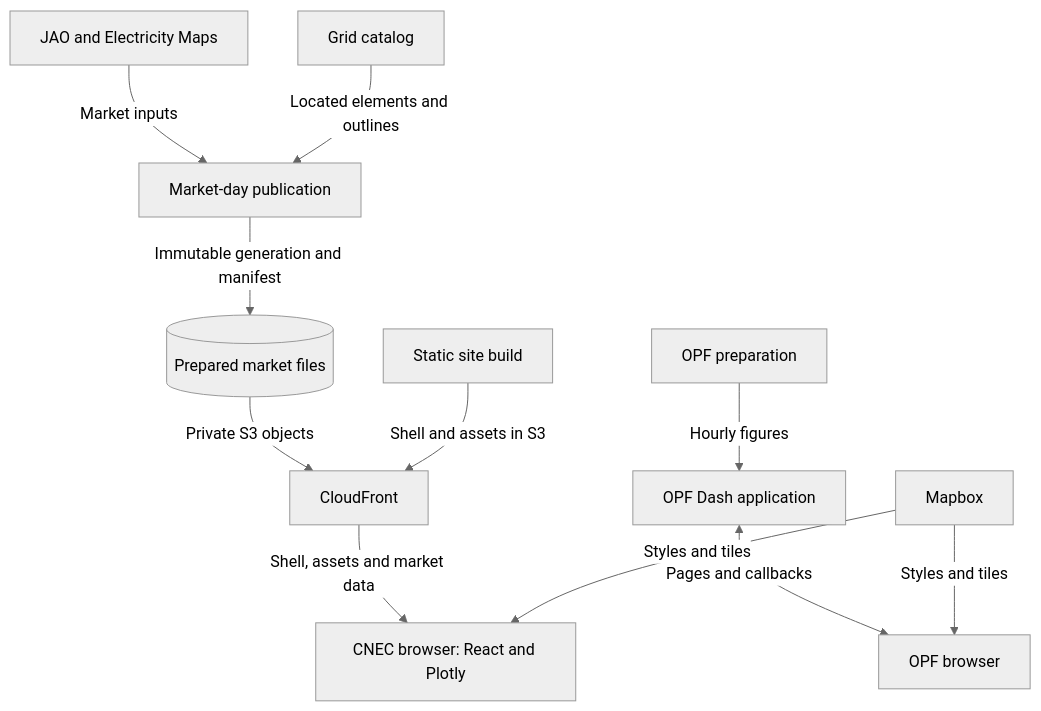
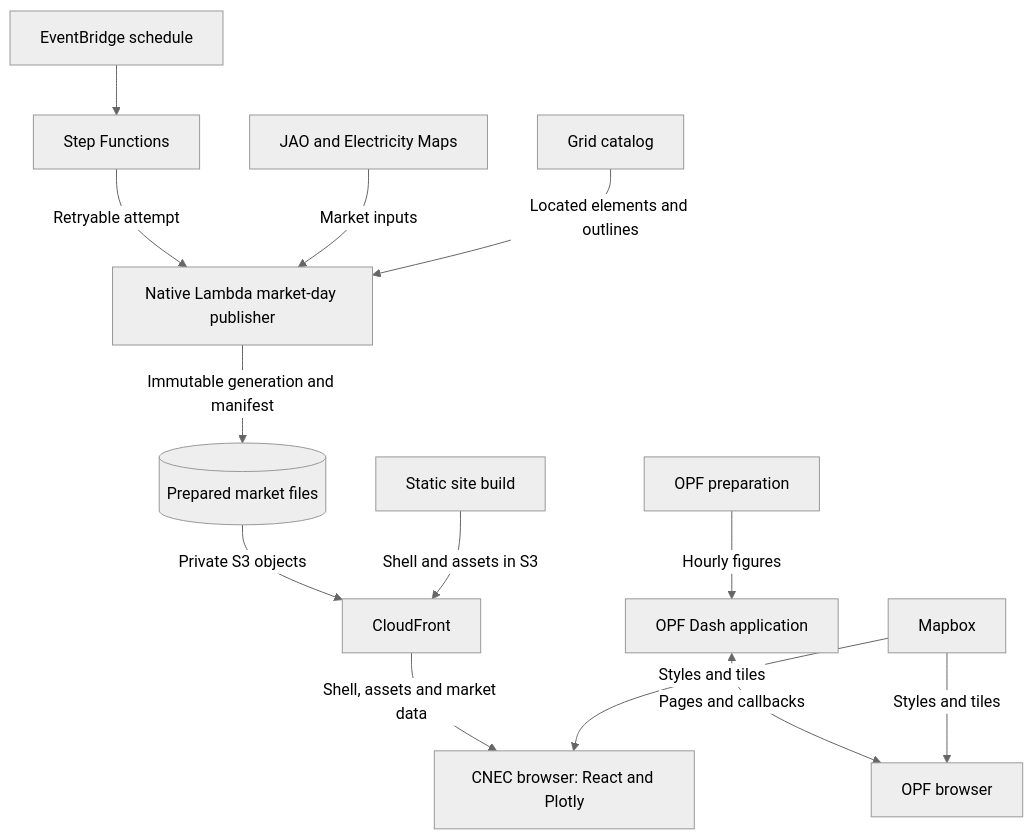
Before and after one commit to zoltanmaric/coppersushi: the diagram in README.md, drawn with Mermaid (neutral theme). The commit also changed 23 other files, not shown here.

````diff
--- a/README.md
+++ b/README.md
@@ -31,17 +31,19 @@
 ```mermaid
 flowchart TB
-    market["JAO and Electricity Maps"] -->|Market inputs| publication["Market-day publication"]
+    schedule["EventBridge schedule"] --> workflow["Step Functions"]
+    workflow -->|Retryable attempt| publication
+    market["JAO and Electricity Maps"] -->|Market inputs| publication["Native Lambda market-day publisher"]
     catalog["Grid catalog"] -->|Located elements and outlines| publication
     publication -->|Immutable generation and manifest| prepared[("Prepared market files")]
     prepared -->|Private S3 objects| edge["CloudFront"]
     build["Static site build"] -->|Shell and assets in S3| edge
     edge -->|Shell, assets and market data| browser["CNEC browser: React and Plotly"]
     opf["OPF preparation"] -->|Hourly figures| server["OPF Dash application"]
     server <-->|Pages and callbacks| opfbrowser["OPF browser"]
     maps["Mapbox"] -->|Styles and tiles| browser
     maps -->|Styles and tiles| opfbrowser
     click catalog "https://github.com/zoltanmaric/coppersushi/blob/main/coppersushi/grid_catalog/README.md" "Grid catalog"
     click opf "https://github.com/zoltanmaric/coppersushi/blob/main/coppersushi/opf/README.md" "OPF"
     click publication "https://github.com/zoltanmaric/coppersushi/blob/main/coppersushi/publication/README.md" "Publication"
     click browser "https://github.com/zoltanmaric/coppersushi/blob/main/frontend/README.md" "CNEC browser"
 ```
````
